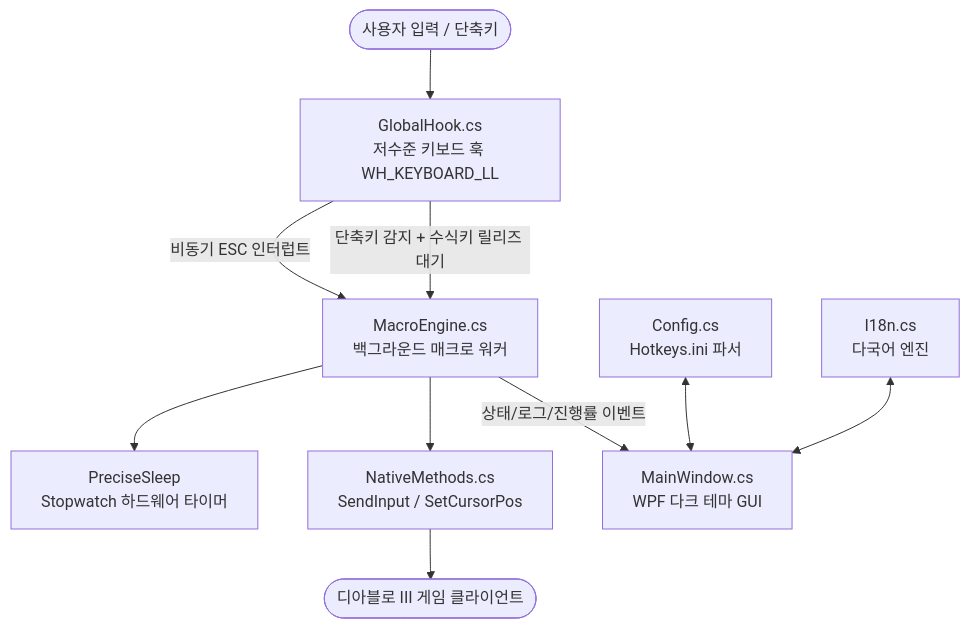
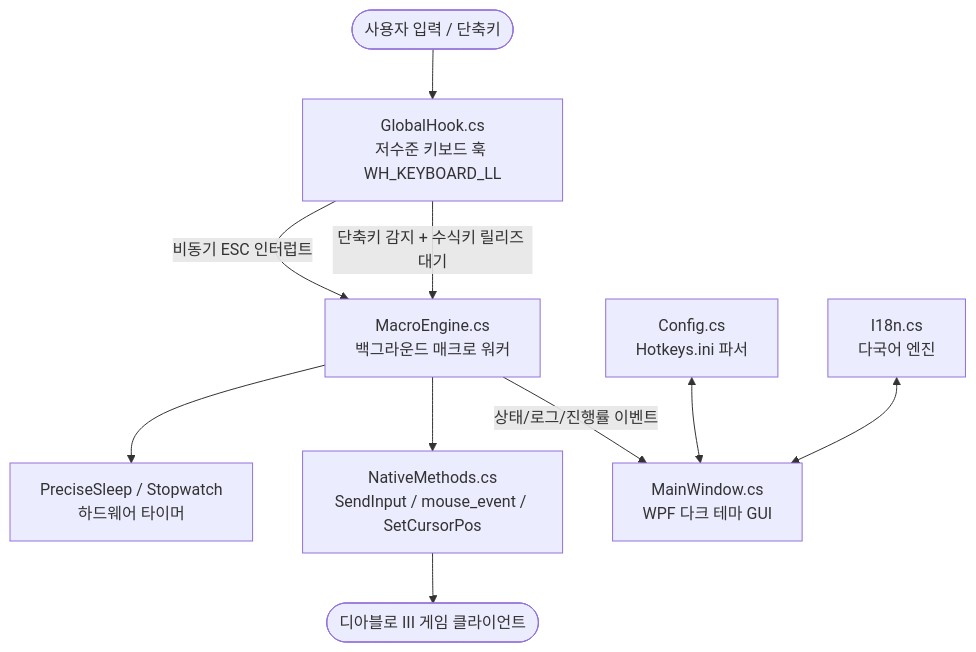
Before and after one commit to keunseop/KanaiHelper: the diagram in README.md, drawn with Mermaid. The commit also changed other lines of this file and 14 other files, not shown here.

````diff
--- a/README.md
+++ b/README.md
@@ -97,19 +116,19 @@
 ```mermaid
 graph TD
     User([사용자 입력 / 단축키]) --> Hook[GlobalHook.cs
 저수준 키보드 훅 WH_KEYBOARD_LL]
     Hook -->|비동기 ESC 인터럽트| Engine[MacroEngine.cs
 백그라운드 매크로 워커]
     Hook -->|단축키 감지 + 수식키 릴리즈 대기| Engine
-    Engine --> QPC[PreciseSleep
-Stopwatch 하드웨어 타이머]
+    Engine --> QPC[PreciseSleep / Stopwatch
+하드웨어 타이머]
     Engine --> Native[NativeMethods.cs
-SendInput / SetCursorPos]
+SendInput / mouse_event / SetCursorPos]
     Native --> Game([디아블로 III 게임 클라이언트])
     Engine -->|상태/로그/진행률 이벤트| UI[MainWindow.cs
 WPF 다크 테마 GUI]
     Config[Config.cs
 Hotkeys.ini 파서] <--> UI
     I18n[I18n.cs
 다국어 엔진] <--> UI
 ```
````
